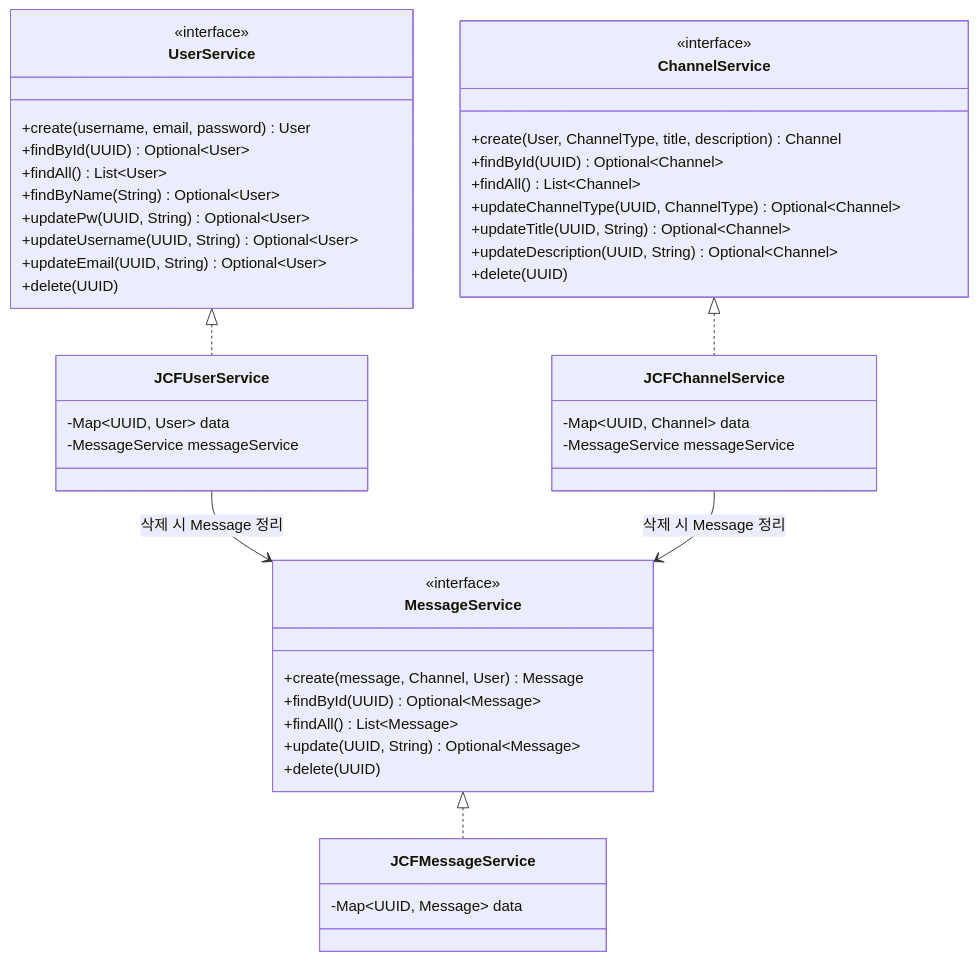
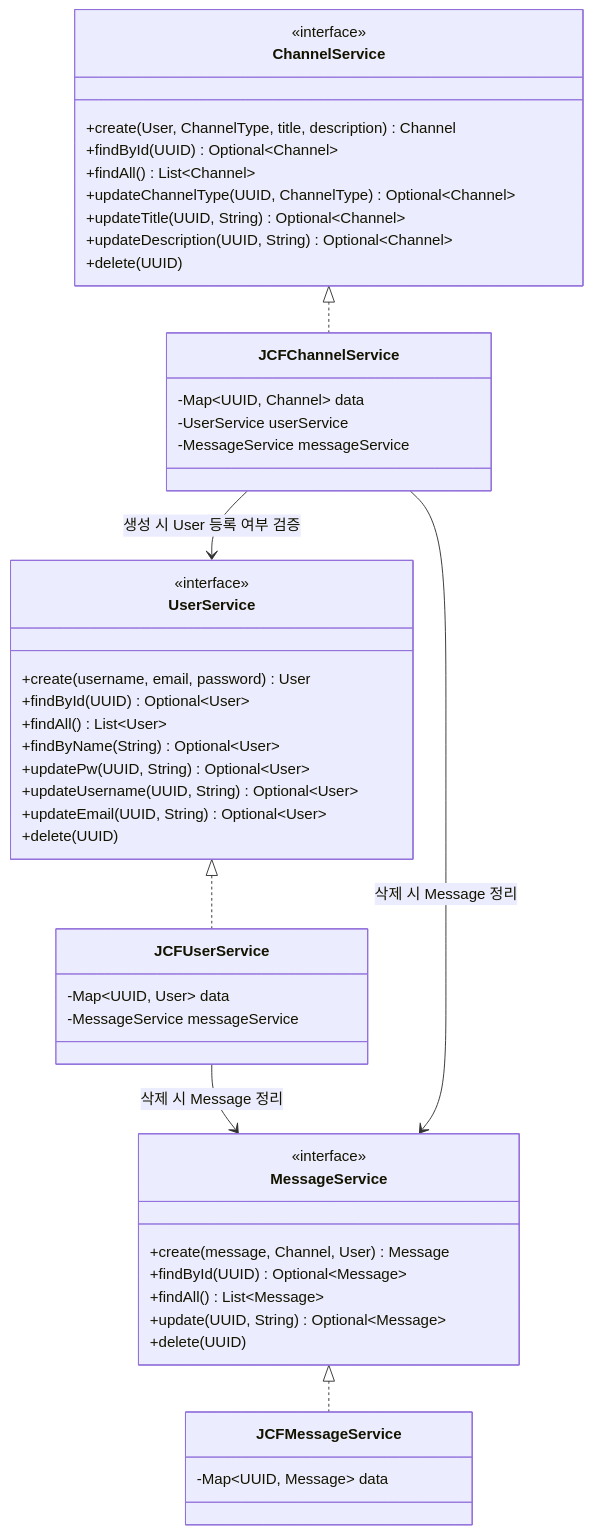
The second of 2 diagrams in README.md (codeit-bootcamp-spring/16-sprint-mission), drawn with Mermaid before and after one commit. The commit also changed other lines of this file and 2 other files, not shown here.

````diff
--- a/README.md
+++ b/README.md
@@ -114,57 +114,59 @@
 ```mermaid
 classDiagram
     direction TB
 
     class UserService {
         <<interface>>
         +create(username, email, password) User
         +findById(UUID) Optional~User~
         +findAll() List~User~
         +findByName(String) Optional~User~
         +updatePw(UUID, String) Optional~User~
         +updateUsername(UUID, String) Optional~User~
         +updateEmail(UUID, String) Optional~User~
         +delete(UUID)
     }
 
     class ChannelService {
         <<interface>>
         +create(User, ChannelType, title, description) Channel
         +findById(UUID) Optional~Channel~
         +findAll() List~Channel~
         +updateChannelType(UUID, ChannelType) Optional~Channel~
         +updateTitle(UUID, String) Optional~Channel~
         +updateDescription(UUID, String) Optional~Channel~
         +delete(UUID)
     }
 
     class MessageService {
         <<interface>>
         +create(message, Channel, User) Message
         +findById(UUID) Optional~Message~
         +findAll() List~Message~
         +update(UUID, String) Optional~Message~
         +delete(UUID)
     }
 
     class JCFUserService {
         -Map~UUID, User~ data
         -MessageService messageService
     }
 
     class JCFChannelService {
         -Map~UUID, Channel~ data
+        -UserService userService
         -MessageService messageService
     }
 
     class JCFMessageService {
         -Map~UUID, Message~ data
     }
 
     UserService <|.. JCFUserService
     ChannelService <|.. JCFChannelService
     MessageService <|.. JCFMessageService
 
     JCFUserService --> MessageService : 삭제 시 Message 정리
     JCFChannelService --> MessageService : 삭제 시 Message 정리
+    JCFChannelService --> UserService : 생성 시 User 등록 여부 검증
 ```
````
